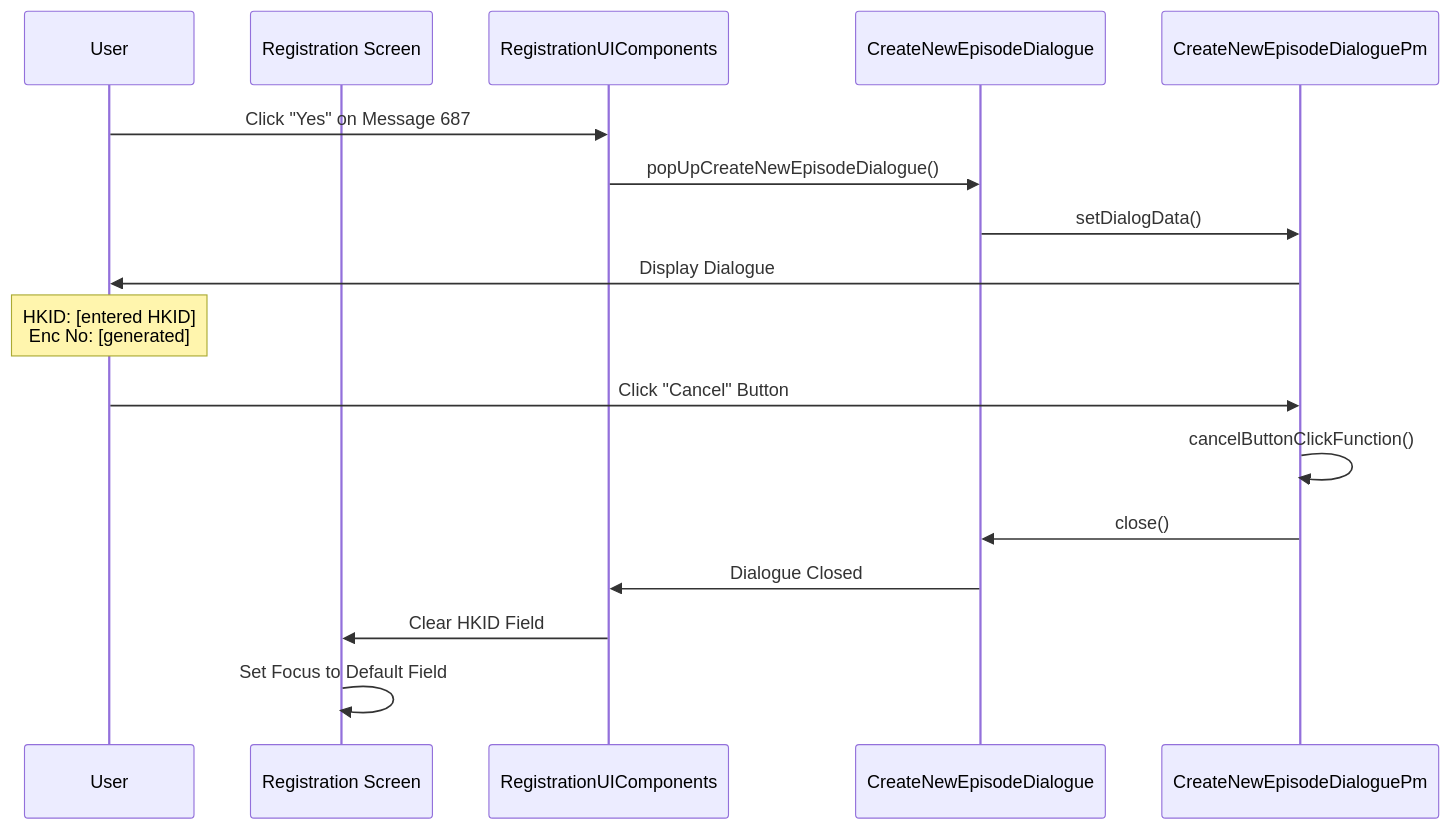
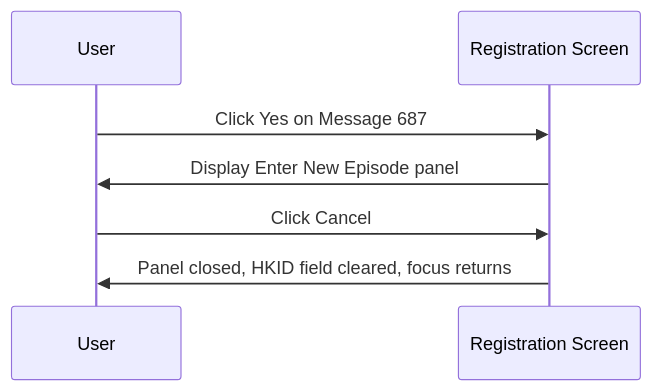
One commit to DragonChong/HA-Notes changed the third of 4 diagrams in Knowledge Base/01_Screens/Registration/Workflows/Create New Patient by HKID.md. Above: the diagram before and after it, drawn with Mermaid. The commit also changed other lines of this file, not shown here.

````diff
--- a/Knowledge Base/01_Screens/Registration/Workflows/Create New Patient by HKID.md
+++ b/Knowledge Base/01_Screens/Registration/Workflows/Create New Patient by HKID.md
@@ -294,21 +165,7 @@
 ```mermaid
 sequenceDiagram
-    participant User
-    participant RegScreen as Registration Screen
-    participant RegUIComp as RegistrationUIComponents
-    participant Dialogue as CreateNewEpisodeDialogue
-    participant DialoguePm as CreateNewEpisodeDialoguePm
-    
-    User->>RegUIComp: Click "Yes" on Message 687
-    RegUIComp->>Dialogue: popUpCreateNewEpisodeDialogue()
-    Dialogue->>DialoguePm: setDialogData()
-    DialoguePm->>User: Display Dialogue
-    Note over User: HKID: [entered HKID]<br/>Enc No: [generated]
-    
-    User->>DialoguePm: Click "Cancel" Button
-    DialoguePm->>DialoguePm: cancelButtonClickFunction()
-    DialoguePm->>Dialogue: close()
-    Dialogue->>RegUIComp: Dialogue Closed
-    RegUIComp->>RegScreen: Clear HKID Field
-    RegScreen->>RegScreen: Set Focus to Default Field
+    User->>Registration Screen: Click Yes on Message 687
+    Registration Screen->>User: Display Enter New Episode panel
+    User->>Registration Screen: Click Cancel
+    Registration Screen->>User: Panel closed, HKID field cleared, focus returns
 ```
````
